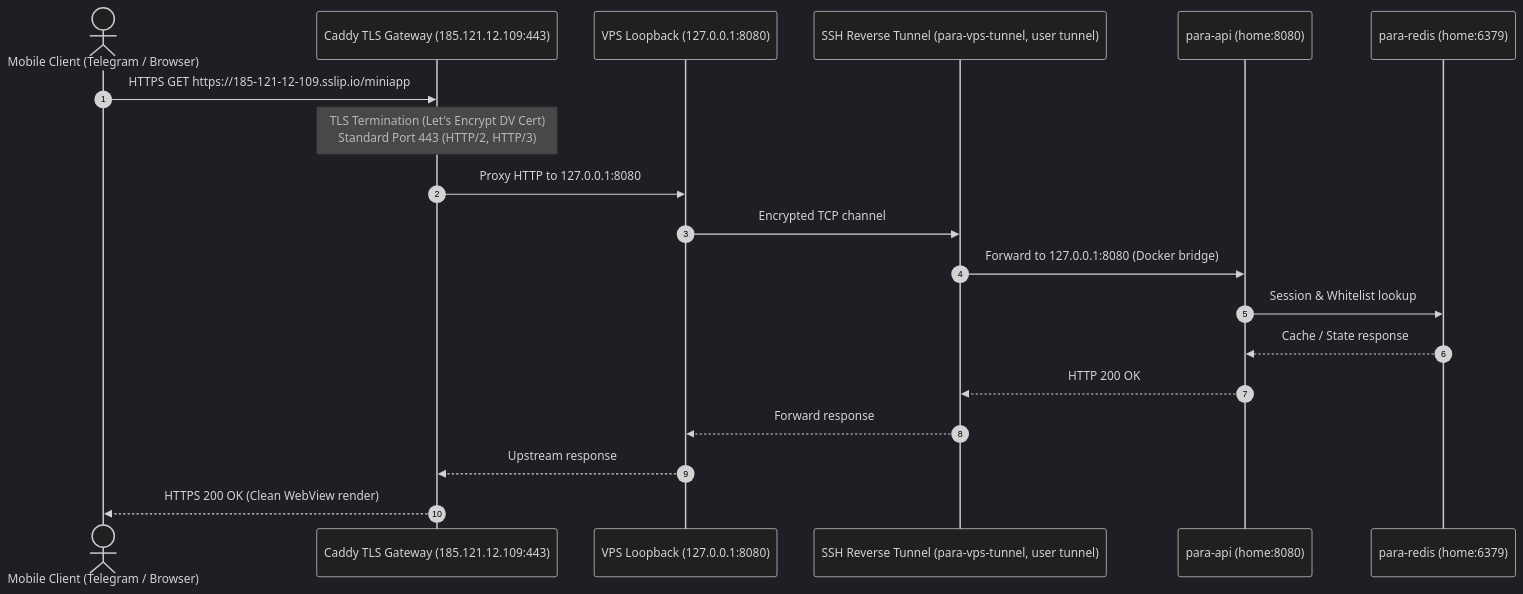
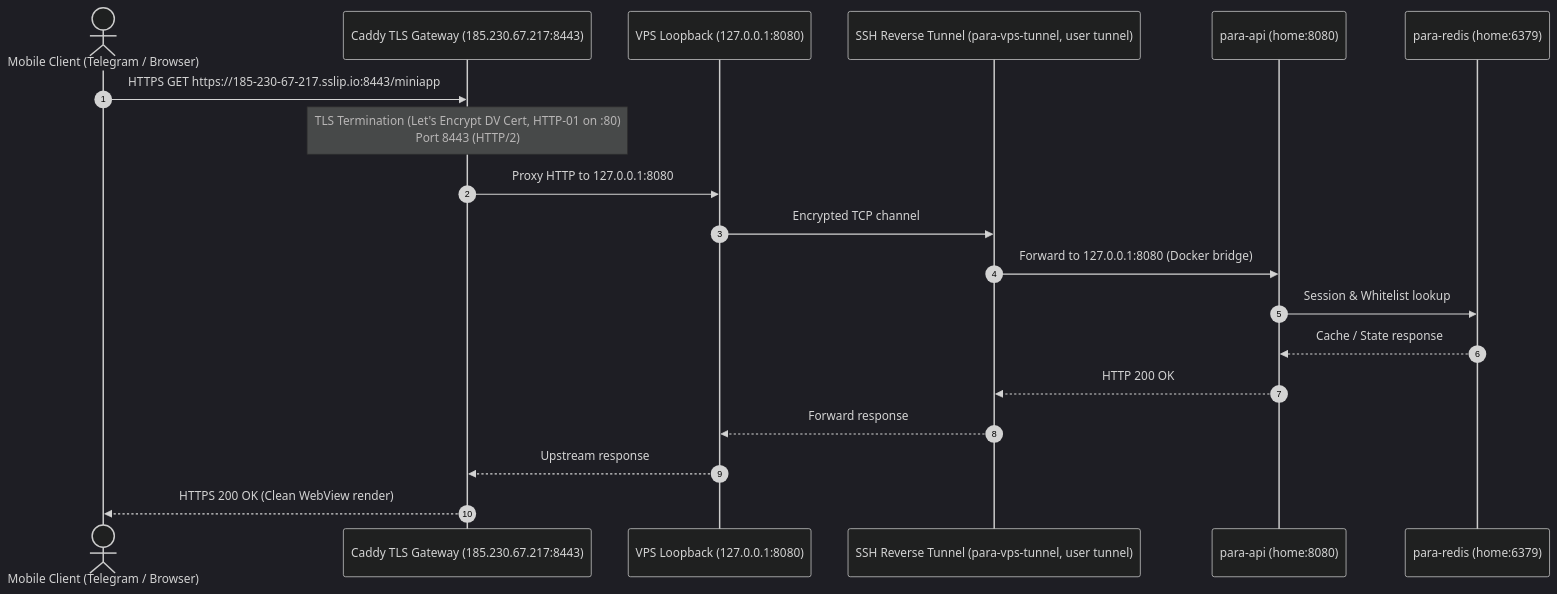
Before and after one commit to Utkautka1/para: diagram 31 of 53 in docs/UML.md, drawn with Mermaid (dark theme). The commit also changed other lines of this file and 8 other files, not shown here.

````diff
--- a/docs/UML.md
+++ b/docs/UML.md
@@ -2318,22 +2318,22 @@
 ```mermaid
 sequenceDiagram
     autonumber
     actor Client as Mobile Client (Telegram / Browser)
-    participant Caddy as Caddy TLS Gateway (185.121.12.109:443)
+    participant Caddy as Caddy TLS Gateway (185.230.67.217:8443)
     participant VpsLocal as VPS Loopback (127.0.0.1:8080)
     participant SshTunnel as SSH Reverse Tunnel (para-vps-tunnel, user tunnel)
     participant HomeApi as para-api (home:8080)
     participant Redis as para-redis (home:6379)
 
-    Client->>Caddy: HTTPS GET https://185-121-12-109.sslip.io/miniapp
-    Note over Caddy: TLS Termination (Let's Encrypt DV Cert)<br/>Standard Port 443 (HTTP/2, HTTP/3)
+    Client->>Caddy: HTTPS GET https://185-230-67-217.sslip.io:8443/miniapp
+    Note over Caddy: TLS Termination (Let's Encrypt DV Cert, HTTP-01 on :80)<br/>Port 8443 (HTTP/2)
     Caddy->>VpsLocal: Proxy HTTP to 127.0.0.1:8080
     VpsLocal->>SshTunnel: Encrypted TCP channel
     SshTunnel->>HomeApi: Forward to 127.0.0.1:8080 (Docker bridge)
     HomeApi->>Redis: Session & Whitelist lookup
     Redis-->>HomeApi: Cache / State response
     HomeApi-->>SshTunnel: HTTP 200 OK
     SshTunnel-->>VpsLocal: Forward response
     VpsLocal-->>Caddy: Upstream response
     Caddy-->>Client: HTTPS 200 OK (Clean WebView render)
 ```
````
